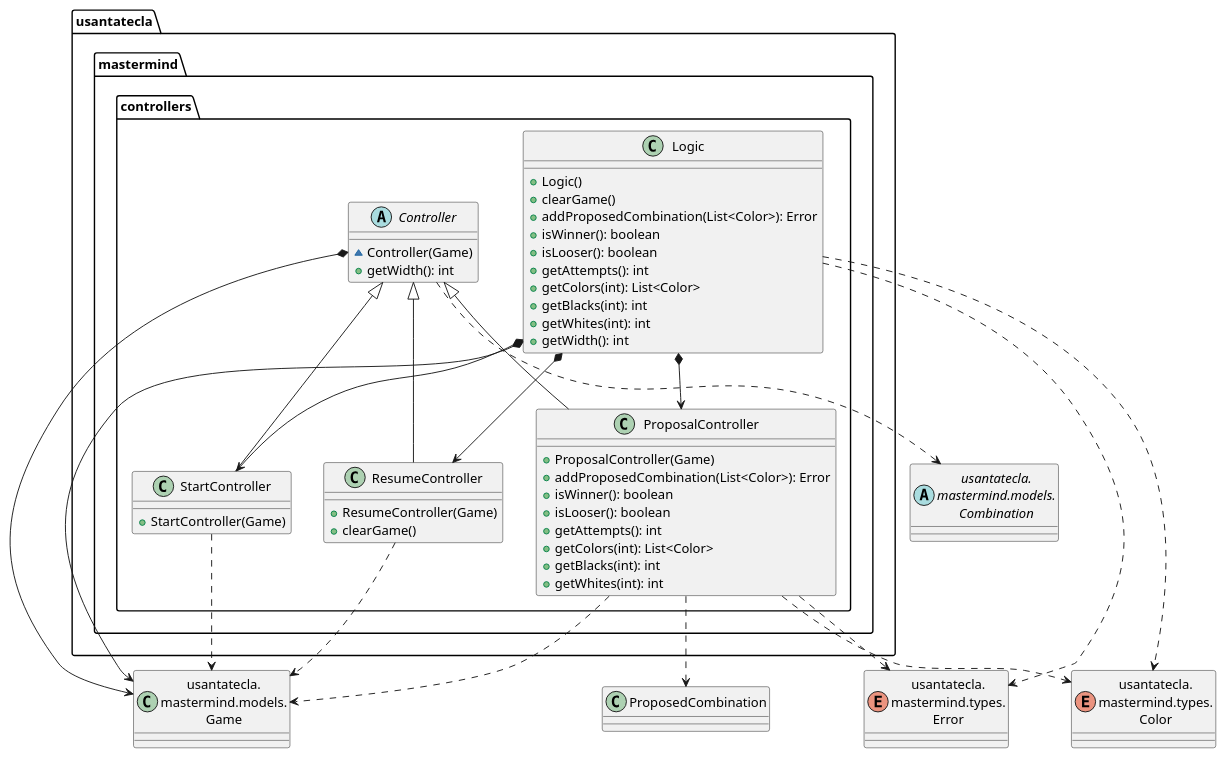
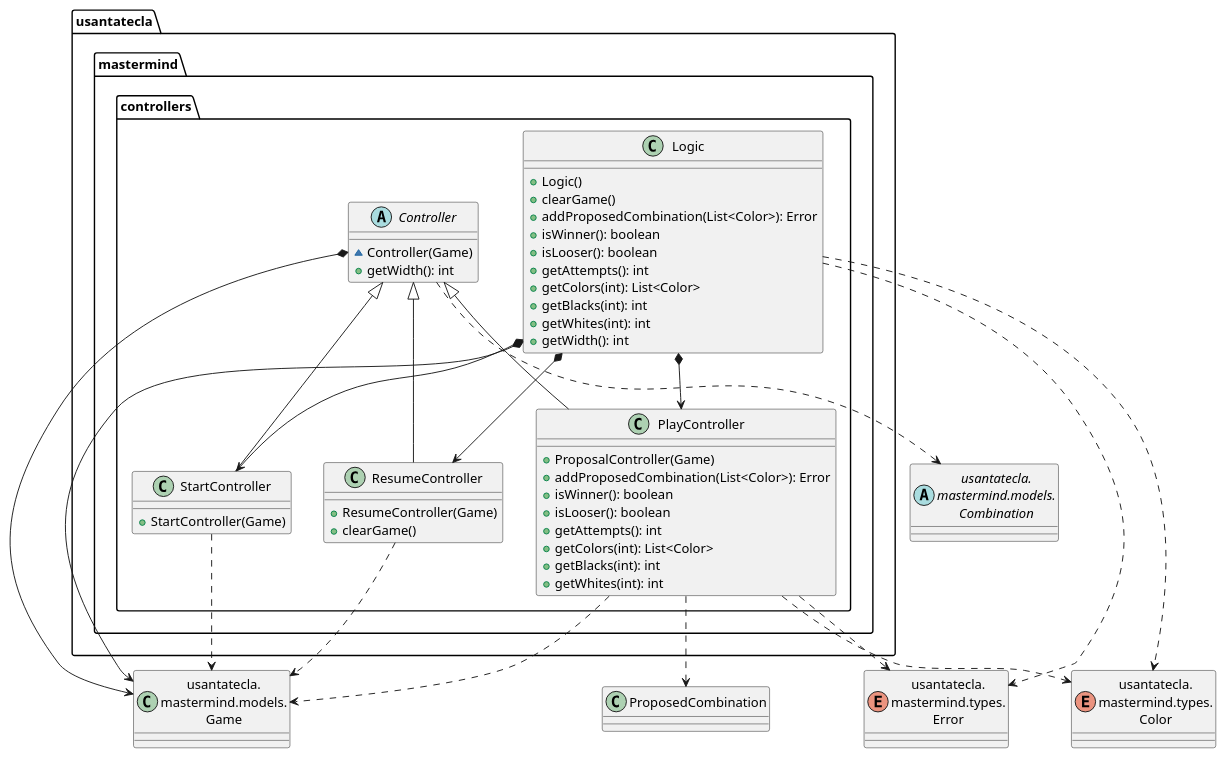
One commit to SantaTecla-mastermind/solution.java.swing.socket.sql changed the fourth of 7 diagrams in modelViewPresenter/presentationModel/withFacade/docs/diagrams/src/paquetes.plantuml. Above: the diagram before and after it, drawn with PlantUML. The commit also changed 93 other files, not shown here.

```diff
--- a/modelViewPresenter/presentationModel/withFacade/docs/diagrams/src/paquetes.plantuml
+++ b/modelViewPresenter/presentationModel/withFacade/docs/diagrams/src/paquetes.plantuml
@@ -218,61 +218,61 @@
 @startuml usantatecla.mastermind.controllers
 class Game as "usantatecla.\nmastermind.models.\nGame"
 abstract class Combination as "usantatecla.\nmastermind.models.\nCombination"
 enum Error as "usantatecla.\nmastermind.types.\nError"
 enum Color as "usantatecla.\nmastermind.types.\nColor"
 
 abstract class  usantatecla.mastermind.controllers.Controller{
     ~ Controller(Game)
     + getWidth(): int
 }
 usantatecla.mastermind.controllers.Controller *-down-> Game
 usantatecla.mastermind.controllers.Controller .down.> Combination
 
 class  usantatecla.mastermind.controllers.Logic{
     + Logic()
     + clearGame()
     + addProposedCombination(List<Color>): Error
     + isWinner(): boolean
     + isLooser(): boolean
     + getAttempts(): int
     + getColors(int): List<Color>
     + getBlacks(int): int
     + getWhites(int): int
     + getWidth(): int
 }
 usantatecla.mastermind.controllers.Logic *-down-> usantatecla.mastermind.controllers.ResumeController
 usantatecla.mastermind.controllers.Logic *-down-> usantatecla.mastermind.controllers.StartController
-usantatecla.mastermind.controllers.Logic *-down-> usantatecla.mastermind.controllers.ProposalController
+usantatecla.mastermind.controllers.Logic *-down-> usantatecla.mastermind.controllers.PlayController
 usantatecla.mastermind.controllers.Logic *-down-> Game
 usantatecla.mastermind.controllers.Logic .down.> Color
 usantatecla.mastermind.controllers.Logic .down.> Error
 
-class  usantatecla.mastermind.controllers.ProposalController{
+class  usantatecla.mastermind.controllers.PlayController{
     + ProposalController(Game)
     + addProposedCombination(List<Color>): Error
     + isWinner(): boolean
     + isLooser(): boolean
     + getAttempts(): int
     + getColors(int): List<Color>
     + getBlacks(int): int
     + getWhites(int): int
 }
-usantatecla.mastermind.controllers.Controller <|-down- usantatecla.mastermind.controllers.ProposalController
-usantatecla.mastermind.controllers.ProposalController .down.> Game
-usantatecla.mastermind.controllers.ProposalController .down.> ProposedCombination
-usantatecla.mastermind.controllers.ProposalController .down.> Color
-usantatecla.mastermind.controllers.ProposalController .down.> Error
+usantatecla.mastermind.controllers.Controller <|-down- usantatecla.mastermind.controllers.PlayController
+usantatecla.mastermind.controllers.PlayController .down.> Game
+usantatecla.mastermind.controllers.PlayController .down.> ProposedCombination
+usantatecla.mastermind.controllers.PlayController .down.> Color
+usantatecla.mastermind.controllers.PlayController .down.> Error
 
 class  usantatecla.mastermind.controllers.ResumeController{
     + ResumeController(Game)
     + clearGame()
 }
 usantatecla.mastermind.controllers.Controller <|-down- usantatecla.mastermind.controllers.ResumeController
 usantatecla.mastermind.controllers.ResumeController .down.> Game
 
 class  usantatecla.mastermind.controllers.StartController{
     + StartController(Game)
 }
 usantatecla.mastermind.controllers.Controller <|-down- usantatecla.mastermind.controllers.StartController
 usantatecla.mastermind.controllers.StartController .down.> Game
 @enduml
```
